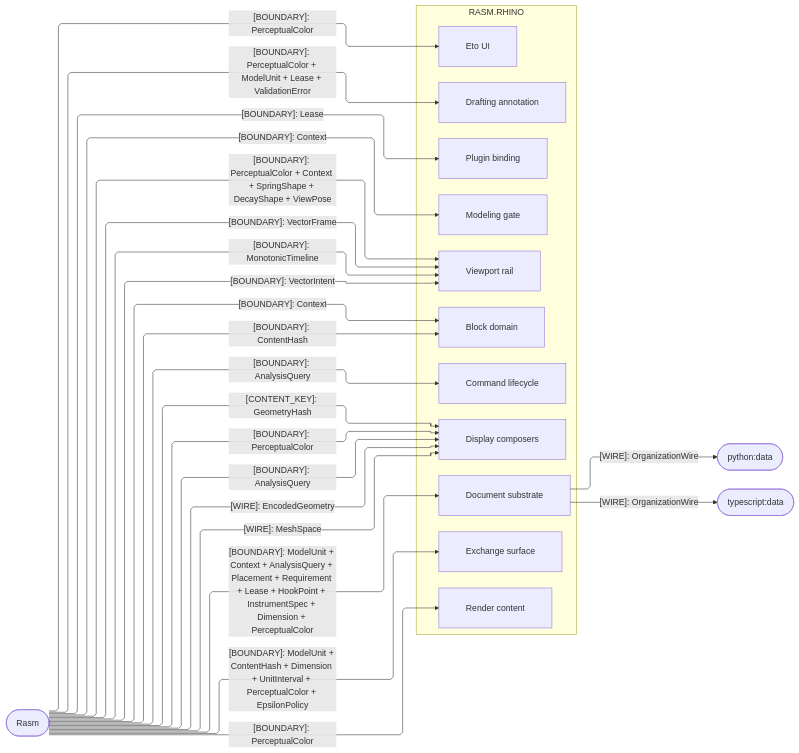
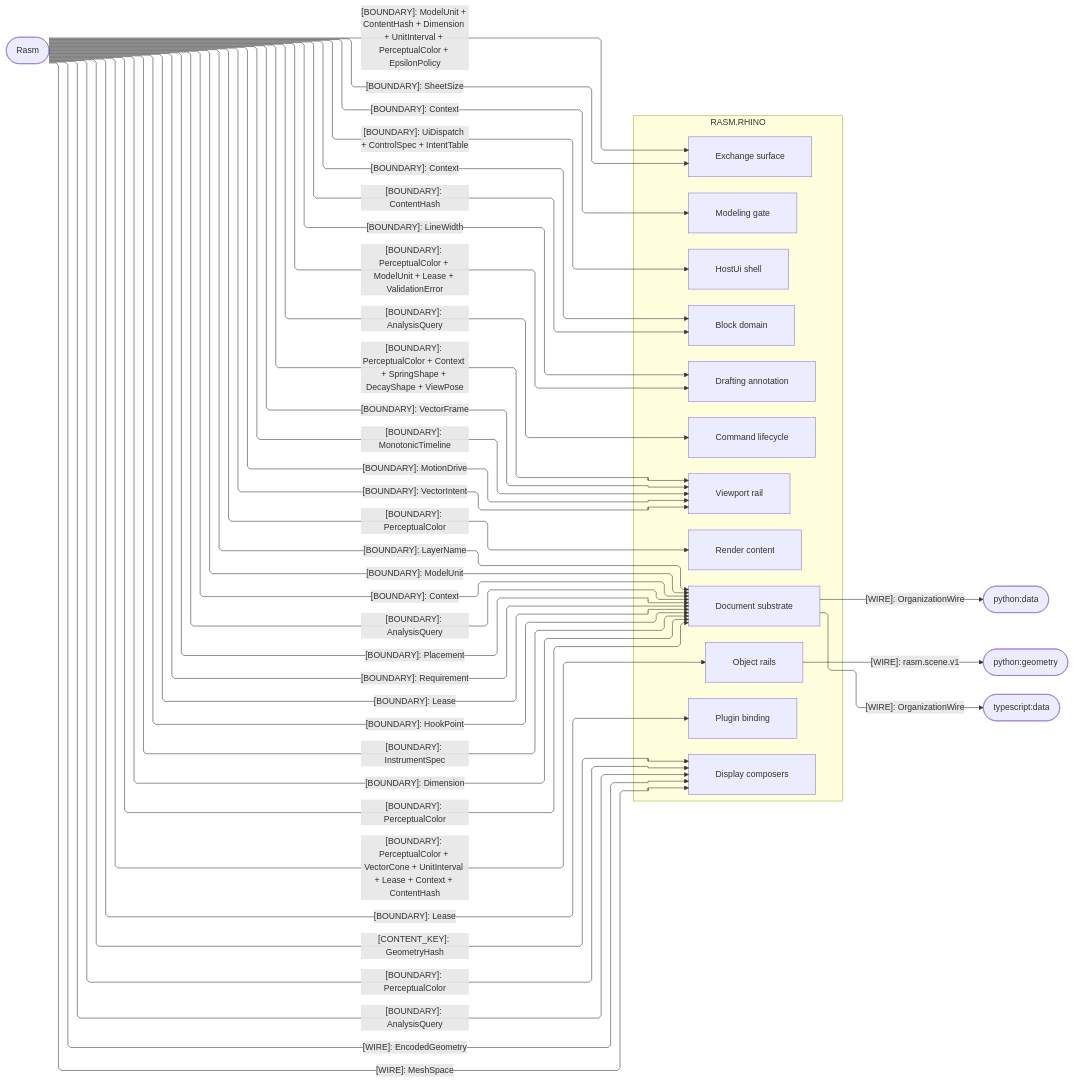
The second of 3 diagrams in libs/csharp/Rasm.Rhino/ARCHITECTURE.md (bsamiee/Rasm), drawn with Mermaid before and after one commit. The commit also changed other lines of this file and 115 other files, not shown here.

````diff
--- a/libs/csharp/Rasm.Rhino/ARCHITECTURE.md
+++ b/libs/csharp/Rasm.Rhino/ARCHITECTURE.md
@@ -180,49 +173,66 @@
 ```mermaid
 ---
 config:
   layout: elk
   flowchart:
     curve: linear
     padding: 25
 ---
 flowchart LR
     accTitle: Rasm.Rhino kernel-boundary seams
-    accDescr: Rasm.Rhino host sub-domain owners consuming frozen-name value contracts down from the Rasm kernel, one boundary rail per consuming sub-domain plus the Display geometry wire and content-key rails.
+    accDescr: Which frozen-name kernel contracts the Rhino boundary consumes, one edge per contract family, and which wires its bands emit to peers.
     subgraph rhino[RASM.RHINO]
         Document[Document substrate]
+        Objects[Object rails]
         Commands[Command lifecycle]
         Blocks[Block domain]
         Modeling[Modeling gate]
         Annotation[Drafting annotation]
         Viewport[Viewport rail]
         Display[Display composers]
         Render[Render content]
         Exchange[Exchange surface]
-        Eto[Eto UI]
+        HostUi[HostUi shell]
         Plugin[Plugin binding]
     end
     Rasm([Rasm])
     PyData([python:data])
+    PyGeometry([python:geometry])
     TsData([typescript:data])
-    Rasm e1@-->|"[BOUNDARY]: ModelUnit + Context + AnalysisQuery + Placement + Requirement + Lease + HookPoint + InstrumentSpec + Dimension + PerceptualColor"| Document
-    Rasm e2@-->|"[BOUNDARY]: VectorFrame"| Viewport
-    Rasm e3@-->|"[BOUNDARY]: AnalysisQuery"| Commands
-    Rasm e4@-->|"[BOUNDARY]: PerceptualColor"| Eto
-    Rasm e5@-->|"[BOUNDARY]: MonotonicTimeline"| Viewport
-    Rasm e6@-->|"[BOUNDARY]: VectorIntent"| Viewport
-    Rasm e7@-->|"[BOUNDARY]: Context"| Modeling
-    Rasm e8@-->|"[BOUNDARY]: ContentHash"| Blocks
-    Rasm e9@-->|"[BOUNDARY]: PerceptualColor"| Display
-    Rasm e14@-->|"[BOUNDARY]: AnalysisQuery"| Display
-    Rasm e10@-->|"[BOUNDARY]: PerceptualColor"| Render
-    Rasm e11@-->|"[BOUNDARY]: PerceptualColor + Context + SpringShape + DecayShape + ViewPose"| Viewport
-    Rasm e12@-->|"[BOUNDARY]: PerceptualColor + ModelUnit + Lease + ValidationError"| Annotation
-    Rasm e13@-->|"[BOUNDARY]: Context"| Blocks
-    Rasm e15@-->|"[BOUNDARY]: ModelUnit + ContentHash + Dimension + UnitInterval + PerceptualColor + EpsilonPolicy"| Exchange
-    Rasm e16@-->|"[BOUNDARY]: Lease"| Plugin
-    Rasm e19@-->|"[WIRE]: EncodedGeometry"| Display
-    Rasm e20@-->|"[WIRE]: MeshSpace"| Display
-    Rasm e21@-->|"[CONTENT_KEY]: GeometryHash"| Display
-    Document e17@-->|"[WIRE]: OrganizationWire"| PyData
-    Document e18@-->|"[WIRE]: OrganizationWire"| TsData
+    Rasm e1@-->|"[BOUNDARY]: ModelUnit"| Document
+    Rasm e2@-->|"[BOUNDARY]: Context"| Document
+    Rasm e3@-->|"[BOUNDARY]: AnalysisQuery"| Document
+    Rasm e4@-->|"[BOUNDARY]: Placement"| Document
+    Rasm e5@-->|"[BOUNDARY]: Requirement"| Document
+    Rasm e6@-->|"[BOUNDARY]: Lease"| Document
+    Rasm e7@-->|"[BOUNDARY]: HookPoint"| Document
+    Rasm e8@-->|"[BOUNDARY]: InstrumentSpec"| Document
+    Rasm e9@-->|"[BOUNDARY]: Dimension"| Document
+    Rasm e10@-->|"[BOUNDARY]: PerceptualColor"| Document
+    Rasm e11@-->|"[BOUNDARY]: LayerName"| Document
+    Rasm e12@-->|"[BOUNDARY]: VectorFrame"| Viewport
+    Rasm e13@-->|"[BOUNDARY]: AnalysisQuery"| Commands
+    Rasm e14@-->|"[BOUNDARY]: UiDispatch + ControlSpec + IntentTable"| HostUi
+    Rasm e15@-->|"[BOUNDARY]: MonotonicTimeline"| Viewport
+    Rasm e16@-->|"[BOUNDARY]: MotionDrive"| Viewport
+    Rasm e17@-->|"[BOUNDARY]: SheetSize"| Exchange
+    Rasm e18@-->|"[BOUNDARY]: VectorIntent"| Viewport
+    Rasm e19@-->|"[BOUNDARY]: Context"| Modeling
+    Rasm e20@-->|"[BOUNDARY]: ContentHash"| Blocks
+    Rasm e21@-->|"[BOUNDARY]: PerceptualColor"| Display
+    Rasm e22@-->|"[BOUNDARY]: AnalysisQuery"| Display
+    Rasm e23@-->|"[BOUNDARY]: PerceptualColor"| Render
+    Rasm e24@-->|"[BOUNDARY]: PerceptualColor + Context + SpringShape + DecayShape + ViewPose"| Viewport
+    Rasm e25@-->|"[BOUNDARY]: PerceptualColor + ModelUnit + Lease + ValidationError"| Annotation
+    Rasm e26@-->|"[BOUNDARY]: LineWidth"| Annotation
+    Rasm e27@-->|"[BOUNDARY]: Context"| Blocks
+    Rasm e28@-->|"[BOUNDARY]: ModelUnit + ContentHash + Dimension + UnitInterval + PerceptualColor + EpsilonPolicy"| Exchange
+    Rasm e29@-->|"[BOUNDARY]: Lease"| Plugin
+    Rasm e30@-->|"[WIRE]: EncodedGeometry"| Display
+    Rasm e31@-->|"[WIRE]: MeshSpace"| Display
+    Rasm e32@-->|"[CONTENT_KEY]: GeometryHash"| Display
+    Rasm e33@-->|"[BOUNDARY]: PerceptualColor + VectorCone + UnitInterval + Lease + Context + ContentHash"| Objects
+    Document e34@-->|"[WIRE]: OrganizationWire"| PyData
+    Document e35@-->|"[WIRE]: OrganizationWire"| TsData
+    Objects e36@-->|"[WIRE]: rasm.scene.v1"| PyGeometry
 ```
````
